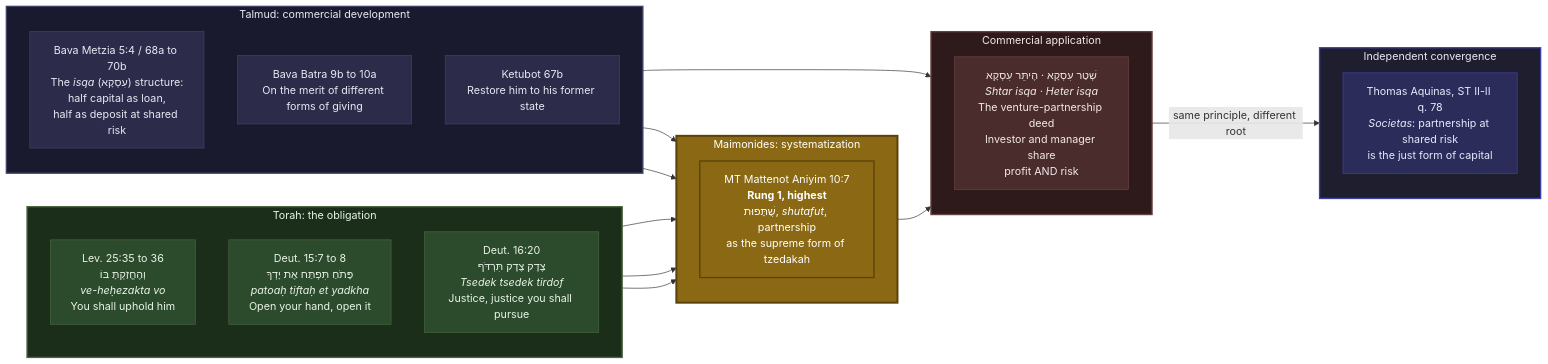
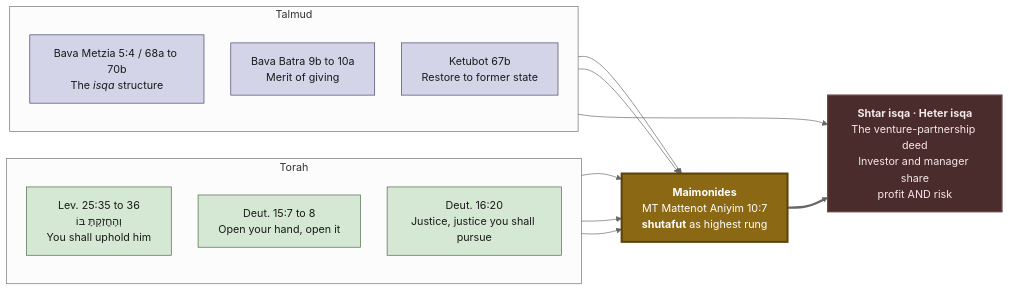
One commit to Oranburg/LEP changed the seventh of 8 diagrams in _pages/lineage.md. Above: the diagram before and after it, drawn with Mermaid. The commit also changed other lines of this file and 6 other files, not shown here.

```diff
--- a/_pages/lineage.md
+++ b/_pages/lineage.md
@@ -106,49 +131,33 @@
 <div class="mermaid" markdown="0">
-graph LR
-    subgraph TORAH ["Torah: the obligation"]
+%%{init: {'theme':'neutral','flowchart':{'curve':'basis','nodeSpacing':40,'rankSpacing':60},'themeVariables':{'fontSize':'16px','fontFamily':'Georgia, serif'}}}%%
+flowchart LR
+    subgraph TORAH ["Torah"]
         direction TB
-        LEV["Lev. 25:35 to 36<br/>וְהֶחֱזַקְתָּ בּוֹ<br/><i>ve-heḥezakta vo</i><br/>You shall uphold him"]
-        DEUT1["Deut. 15:7 to 8<br/>פָּתֹחַ תִּפְתַּח אֶת יָדְךָ<br/><i>patoaḥ tiftaḥ et yadkha</i><br/>Open your hand, open it"]
-        DEUT2["Deut. 16:20<br/>צֶדֶק צֶדֶק תִּרְדֹּף<br/><i>Tsedek tsedek tirdof</i><br/>Justice, justice you shall pursue"]
+        LEV["Lev. 25:35 to 36<br/>וְהֶחֱזַקְתָּ בּוֹ<br/>You shall uphold him"]
+        DEUT1["Deut. 15:7 to 8<br/>Open your hand, open it"]
+        DEUT2["Deut. 16:20<br/>Justice, justice you shall pursue"]
     end
-    subgraph TALMUD ["Talmud: commercial development"]
+    subgraph TALMUD ["Talmud"]
         direction TB
-        BM["Bava Metzia 5:4 / 68a to 70b<br/>The <i>isqa</i> (עִסְקָא) structure:<br/>half capital as loan,<br/>half as deposit at shared risk"]
-        BB["Bava Batra 9b to 10a<br/>On the merit of different forms of giving"]
-        KET["Ketubot 67b<br/>Restore him to his former state"]
+        BM["Bava Metzia 5:4 / 68a to 70b<br/>The <i>isqa</i> structure"]
+        BB["Bava Batra 9b to 10a<br/>Merit of giving"]
+        KET["Ketubot 67b<br/>Restore to former state"]
     end
-    subgraph RAMBAM ["Maimonides: systematization"]
-        direction TB
-        RUNG1["MT Mattenot Aniyim 10:7<br/><b>Rung 1, highest</b><br/>שֻׁתָּפוּת, <i>shutafut</i>, partnership<br/>as the supreme form of tzedakah"]
-    end
-    subgraph ISQA ["Commercial application"]
-        direction TB
-        HETER["שְׁטַר עִסְקָא · הֶיתֵּר עִסְקָא<br/><i>Shtar isqa · Heter isqa</i><br/>The venture-partnership deed<br/>Investor and manager share<br/>profit AND risk"]
-    end
-    subgraph CONVERGENCE ["Independent convergence"]
-        direction TB
-        AQ["Thomas Aquinas, ST II-II q. 78<br/><i>Societas</i>: partnership at shared risk<br/>is the just form of capital"]
-    end
-    LEV --> RUNG1
-    DEUT1 --> RUNG1
-    DEUT2 --> RUNG1
+    RAMBAM["<b>Maimonides</b><br/>MT Mattenot Aniyim 10:7<br/><b>shutafut</b> as highest rung"]
+    HETER["<b>Shtar isqa · Heter isqa</b><br/>The venture-partnership deed<br/>Investor and manager share<br/>profit AND risk"]
+    LEV --> RAMBAM
+    DEUT1 --> RAMBAM
+    DEUT2 --> RAMBAM
+    BB --> RAMBAM
+    KET --> RAMBAM
     BM --> HETER
-    BB --> RUNG1
-    KET --> RUNG1
-    RUNG1 --> HETER
-    HETER -->|"same principle, different root"| AQ
-    style TORAH fill:#1a2e1a,color:#e8f4e8,stroke:#4a6741,stroke-width:2px
-    style TALMUD fill:#1a1a2e,color:#e8e8f4,stroke:#41416a,stroke-width:2px
+    RAMBAM ==> HETER
     style RAMBAM fill:#8B6914,color:#ffffff,stroke:#5a4309,stroke-width:3px
-    style ISQA fill:#2e1a1a,color:#f4e8e8,stroke:#6a4141,stroke-width:2px
-    style CONVERGENCE fill:#1e1e2e,color:#e8e8f8,stroke:#4141aa,stroke-width:2px
-    style LEV fill:#2c4a2c,color:#e8f4e8,stroke:#4a6741
-    style DEUT1 fill:#2c4a2c,color:#e8f4e8,stroke:#4a6741
-    style DEUT2 fill:#2c4a2c,color:#e8f4e8,stroke:#4a6741
-    style BM fill:#2c2c4a,color:#e8e8f4,stroke:#41416a
-    style BB fill:#2c2c4a,color:#e8e8f4,stroke:#41416a
-    style KET fill:#2c2c4a,color:#e8e8f4,stroke:#41416a
-    style RUNG1 fill:#8B6914,color:#ffffff,stroke:#5a4309,stroke-width:2px
-    style HETER fill:#4a2c2c,color:#f4e8e8,stroke:#6a4141
-    style AQ fill:#2c2c5a,color:#e8e8ff,stroke:#4141aa
+    style HETER fill:#4a2c2c,color:#f4e8e8,stroke:#6a4141,stroke-width:2px
+    style LEV fill:#d4e8d4,color:#1a1a1a,stroke:#4a6741
+    style DEUT1 fill:#d4e8d4,color:#1a1a1a,stroke:#4a6741
+    style DEUT2 fill:#d4e8d4,color:#1a1a1a,stroke:#4a6741
+    style BM fill:#d4d4e8,color:#1a1a1a,stroke:#41416a
+    style BB fill:#d4d4e8,color:#1a1a1a,stroke:#41416a
+    style KET fill:#d4d4e8,color:#1a1a1a,stroke:#41416a
 </div>
```
